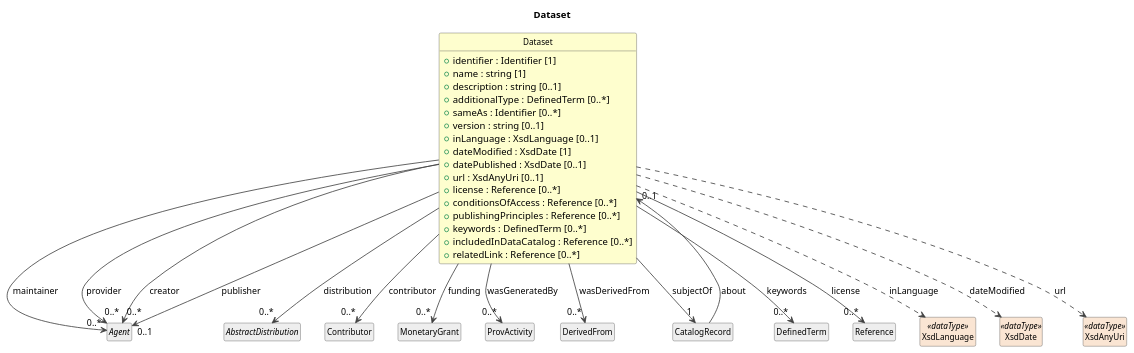
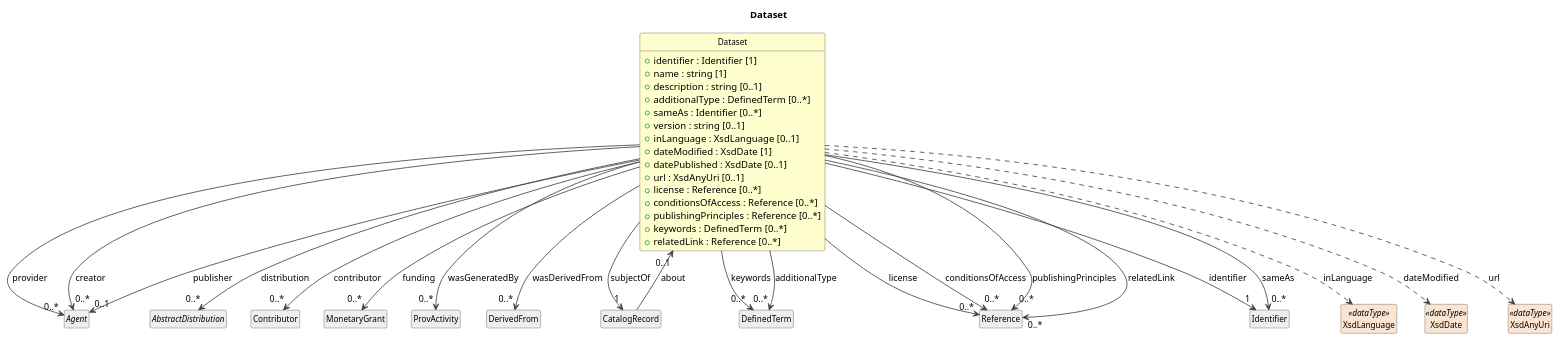
Before and after one commit to Cross-Domain-Interoperability-Framework/metadataBuildingBlocks: the diagram in cdif-uml-model/_plantuml/cdifCore/Classes/Dataset.pu, drawn with PlantUML. The commit also changed 619 other files, not shown here.

```diff
--- a/cdif-uml-model/_plantuml/cdifCore/Classes/Dataset.pu
+++ b/cdif-uml-model/_plantuml/cdifCore/Classes/Dataset.pu
@@ -1,60 +1,65 @@
 @startuml
 title Dataset
 hide circle
 hide empty members
 skinparam shadowing false
 skinparam ArrowThickness 1.2
 skinparam class {
   ArrowColor #404040
   BorderColor #404040
   FontSize 12
 }
 
 class "Dataset" as Dataset #FEFECE {
   +identifier : Identifier [1]
   +name : string [1]
   +description : string [0..1]
   +additionalType : DefinedTerm [0..*]
   +sameAs : Identifier [0..*]
   +version : string [0..1]
   +inLanguage : XsdLanguage [0..1]
   +dateModified : XsdDate [1]
   +datePublished : XsdDate [0..1]
   +url : XsdAnyUri [0..1]
   +license : Reference [0..*]
   +conditionsOfAccess : Reference [0..*]
   +publishingPrinciples : Reference [0..*]
   +keywords : DefinedTerm [0..*]
-  +includedInDataCatalog : Reference [0..*]
   +relatedLink : Reference [0..*]
 }
 abstract class "Agent" as Agent #EEEEEE
-Dataset --> "0..*" Agent : maintainer
 Dataset --> "0..*" Agent : provider
 abstract class "AbstractDistribution" as AbstractDistribution #EEEEEE
 Dataset --> "0..*" AbstractDistribution : distribution
 Dataset --> "0..*" Agent : creator
 class "Contributor" as Contributor #EEEEEE
 Dataset --> "0..*" Contributor : contributor
 Dataset --> "0..1" Agent : publisher
 class "MonetaryGrant" as MonetaryGrant #EEEEEE
 Dataset --> "0..*" MonetaryGrant : funding
 class "ProvActivity" as ProvActivity #EEEEEE
 Dataset --> "0..*" ProvActivity : wasGeneratedBy
 class "DerivedFrom" as DerivedFrom #EEEEEE
 Dataset --> "0..*" DerivedFrom : wasDerivedFrom
 class "CatalogRecord" as CatalogRecord #EEEEEE
 Dataset --> "1" CatalogRecord : subjectOf
 class "DefinedTerm" as DefinedTerm #EEEEEE
 Dataset --> "0..*" DefinedTerm : keywords
 class "Reference" as Reference #EEEEEE
 Dataset --> "0..*" Reference : license
 CatalogRecord --> "0..1" Dataset : about
+class "Identifier" as Identifier #EEEEEE
+Dataset --> "1" Identifier : identifier
+Dataset --> "0..*" DefinedTerm : additionalType
+Dataset --> "0..*" Identifier : sameAs
 class "XsdLanguage" as XsdLanguage <<dataType>> #FAE5D3
 Dataset ..> XsdLanguage : inLanguage
 class "XsdDate" as XsdDate <<dataType>> #FAE5D3
 Dataset ..> XsdDate : dateModified
 class "XsdAnyUri" as XsdAnyUri <<dataType>> #FAE5D3
 Dataset ..> XsdAnyUri : url
+Dataset --> "0..*" Reference : conditionsOfAccess
+Dataset --> "0..*" Reference : publishingPrinciples
+Dataset --> "0..*" Reference : relatedLink
 
 @enduml
```
